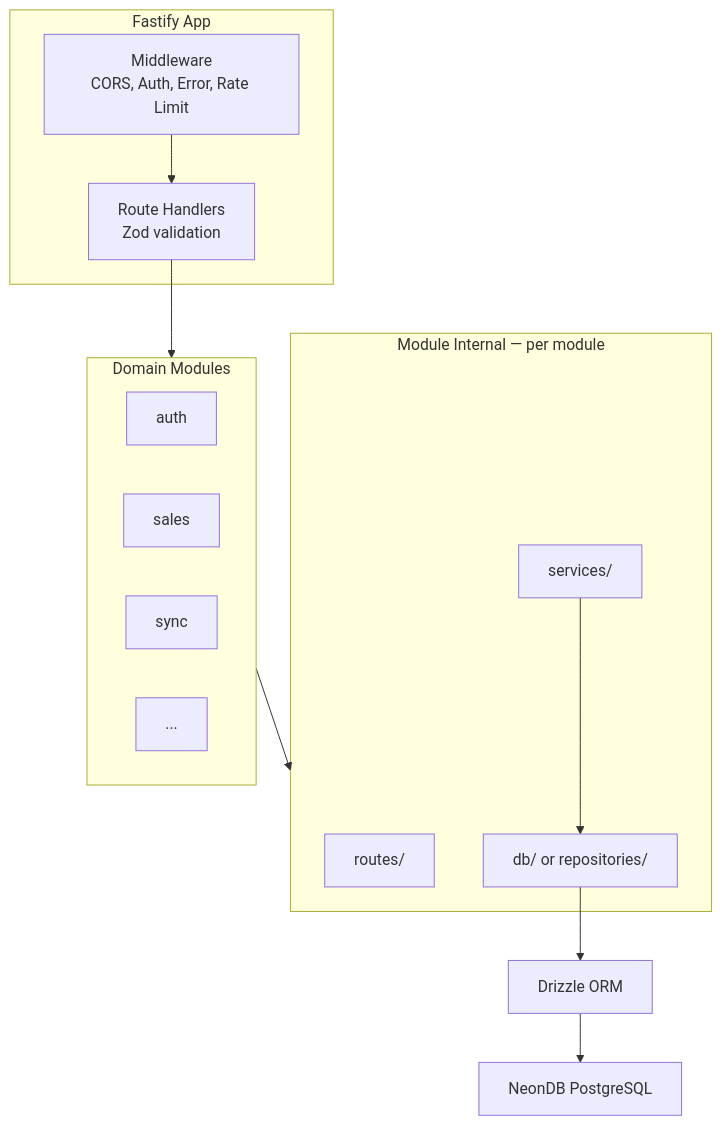
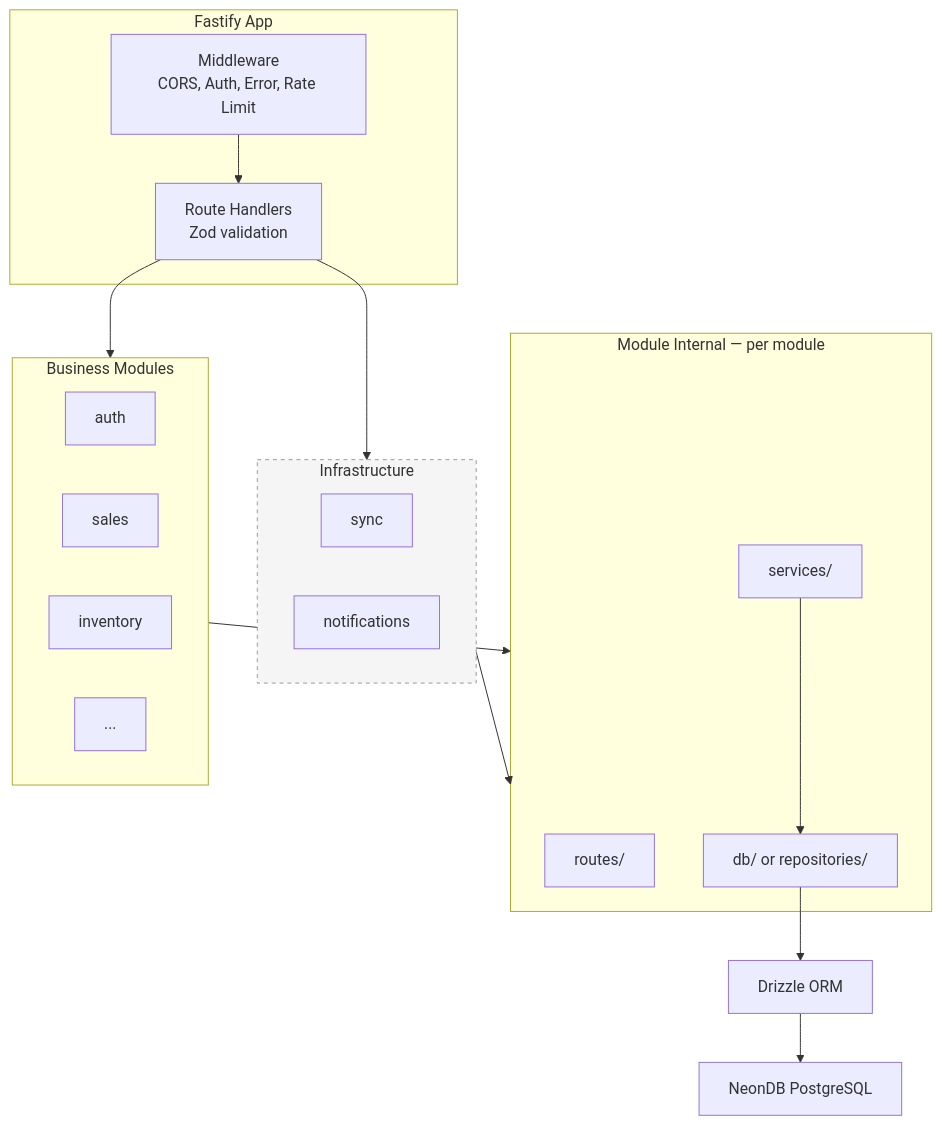
The seventh of 11 diagrams in docs/01-architecture.md (DevInDayslab/billing-baba), drawn with Mermaid before and after one commit. The commit also changed other lines of this file, not shown here.

Commit message:
Update architecture documentation to clarify business domains and bounded contexts. Introduce a new Business Process Flow section, revise terminology for clarity, and enhance the context map with a legend for better understanding of relationships and dependencies.

````diff
--- a/docs/01-architecture.md
+++ b/docs/01-architecture.md
@@ -656,28 +628,38 @@
 ```mermaid
 flowchart TB
     subgraph fastify["Fastify App"]
         MW["Middleware\nCORS, Auth, Error, Rate Limit"]
         ROUTES["Route Handlers\nZod validation"]
     end
 
-    subgraph modules["Domain Modules"]
+    subgraph modules["Business Modules"]
         direction LR
         M1["auth"]
         M2["sales"]
-        M3["sync"]
+        M3["inventory"]
         MN["..."]
+    end
+
+    subgraph infra_modules["Infrastructure"]
+        direction LR
+        MSYNC["sync"]
+        MNOT["notifications"]
     end
 
     subgraph module_internal["Module Internal — per module"]
         RS["routes/"]
         SV["services/"]
         DB["db/ or repositories/"]
     end
 
     MW --> ROUTES
     ROUTES --> modules
+    ROUTES --> infra_modules
     modules --> module_internal
+    infra_modules --> module_internal
     SV --> DB
     DB --> DRIZZLE["Drizzle ORM"]
     DRIZZLE --> PG["NeonDB PostgreSQL"]
+
+    style infra_modules fill:#f5f5f5,stroke:#999999,stroke-dasharray:4 4
 ```
````
